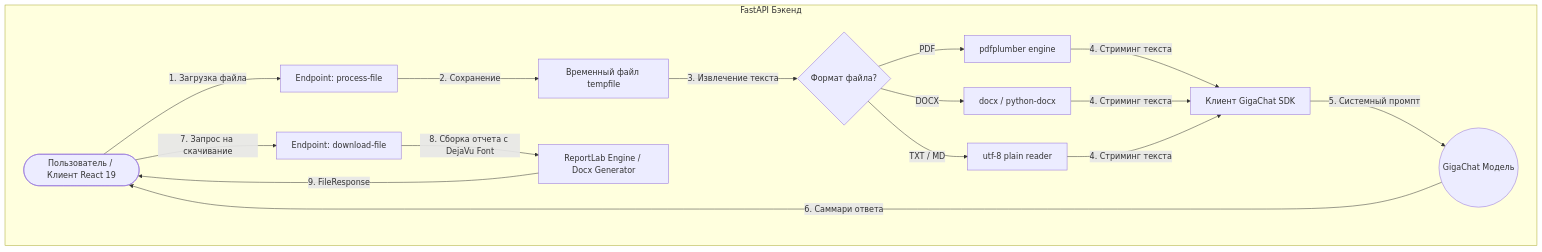
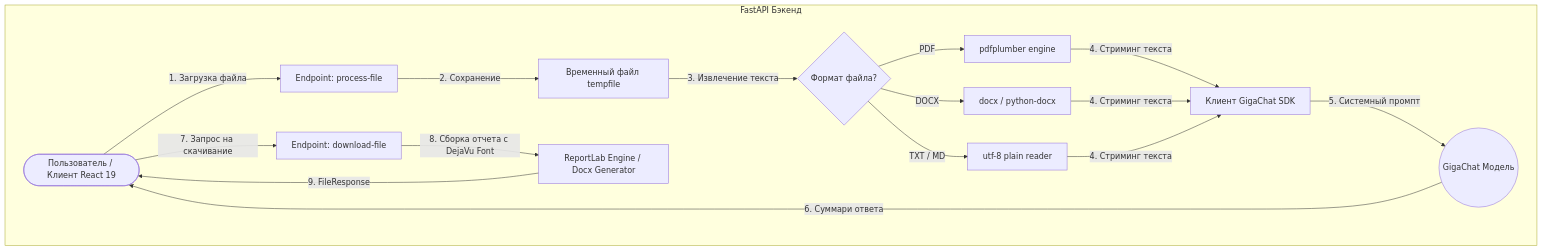
Before and after one commit to spothyjohn-tech/PDF_Analyze_AI: the diagram in README.md, drawn with Mermaid.

````diff
--- a/README.md
+++ b/README.md
@@ -35,24 +35,24 @@
 ```mermaid
 graph TD
     User([Пользователь / Клиент React 19]) -->|1. Загрузка файла| API_Proc
 
     subgraph FastAPI Backend ["FastAPI Бэкенд"]
         API_Proc[Endpoint: process-file] -->|2. Сохранение| TempFile[Временный файл tempfile]
         TempFile -->|3. Извлечение текста| Parser{Формат файла?}
         
         Parser -->|PDF| pdfplumber[pdfplumber engine]
         Parser -->|DOCX| docx_reader[docx / python-docx]
         Parser -->|TXT / MD| txt_reader[utf-8 plain reader]
         
         pdfplumber -->|4. Стриминг текста| Giga[Клиент GigaChat SDK]
         docx_reader -->|4. Стриминг текста| Giga
         txt_reader -->|4. Стриминг текста| Giga
         
         Giga -->|5. Системный промпт| LLM((GigaChat Модель))
-        LLM -->|6. Саммари ответа| User
+        LLM -->|6. Суммари ответа| User
         
         User -->|7. Запрос на скачивание| API_Down[Endpoint: download-file]
         API_Down -->|8. Сборка отчета с DejaVu Font| ReportLab[ReportLab Engine / Docx Generator]
         ReportLab -->|9. FileResponse| User
     end
 ```
````
